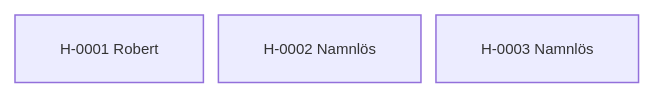
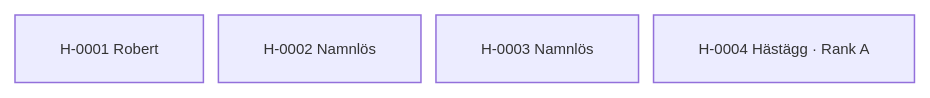
Before and after one commit to awoltmp/horse-registry: the diagram in content/02. Register/02.3 Stamtavlor/Fristående hästar.md, drawn with Mermaid. The commit also changed other lines of this file and 28 other files, not shown here.

````diff
--- a/content/02. Register/02.3 Stamtavlor/Fristående hästar.md
+++ b/content/02. Register/02.3 Stamtavlor/Fristående hästar.md
@@ -23,8 +23,9 @@
 ```mermaid
 %%{init: {"flowchart": {"nodeSpacing": 10, "rankSpacing": 18, "curve": "basis", "htmlLabels": true}, "themeVariables": {"fontSize": "10px"}}}%%
 flowchart TB
     h0["H-0001 Robert"]
     h1["H-0002 Namnlös"]
     h2["H-0003 Namnlös"]
-    class h0,h1,h2 internal-link;
+    h3["H-0004 Hästägg · Rank A"]
+    class h0,h1,h2,h3 internal-link;
 ```
````
